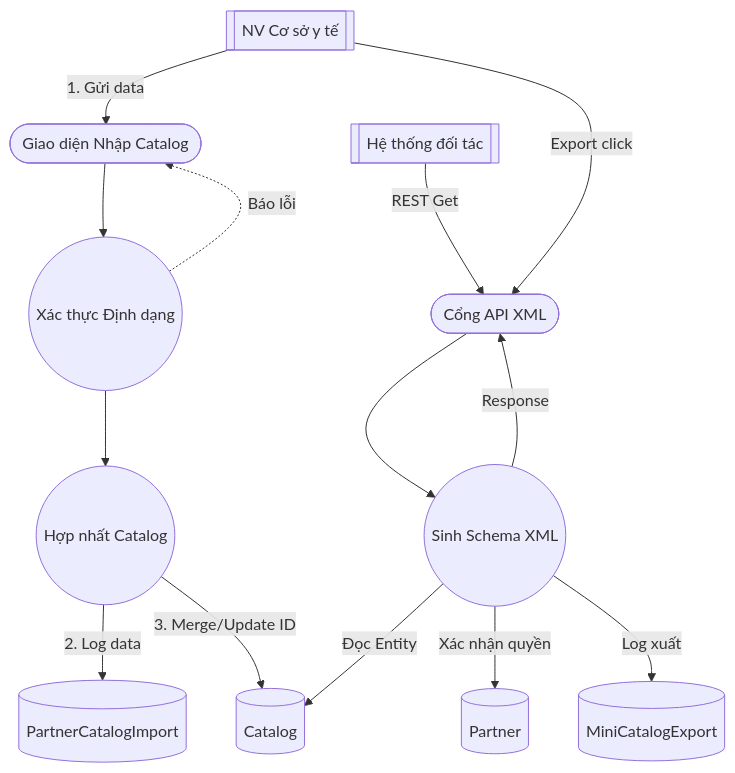
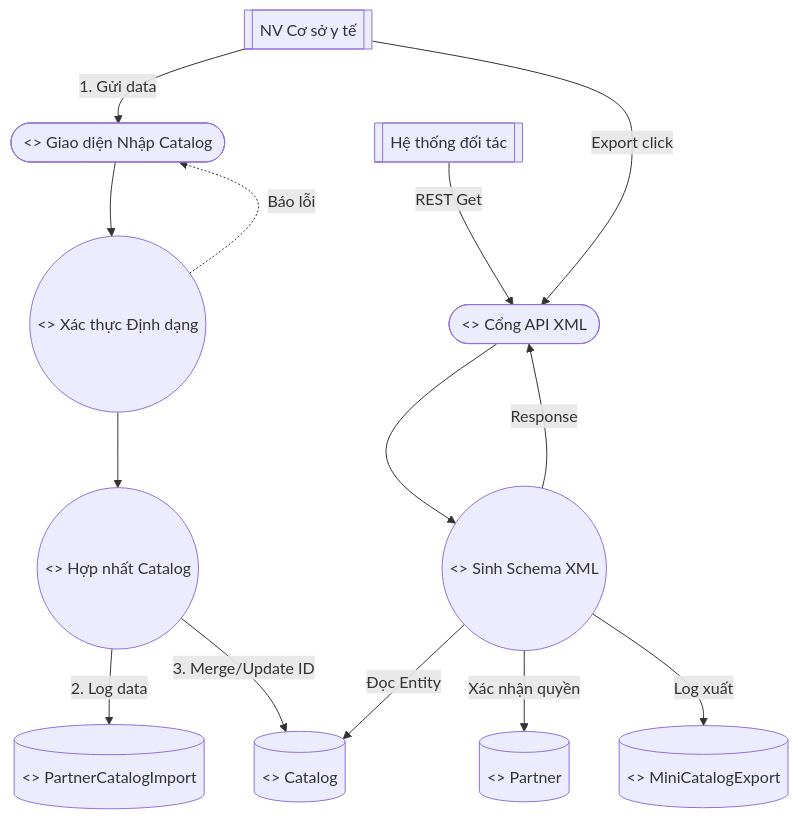
One commit to qhun22/qq changed the ninth of 10 diagrams in README.md. Above: the diagram before and after it, drawn with Mermaid. The commit also changed other lines of this file, not shown here.

````diff
--- a/README.md
+++ b/README.md
@@ -298,34 +444,34 @@
 ```mermaid
 flowchart TD
   A_PRO[[NV Cơ sở y tế]]
   A_PRT[[Hệ thống đối tác]]
   
-  B_IMP([Giao diện Nhập Catalog])
-  B_EXP([Cổng API XML])
+  B_IMP([<<boundary>> Giao diện Nhập Catalog])
+  B_EXP([<<boundary>> Cổng API XML])
   
-  C_VAL((Xác thực Định dạng))
-  C_MERGE((Hợp nhất Catalog))
-  C_GEN((Sinh Schema XML))
+  C_VAL((<<control>> Xác thực Định dạng))
+  C_MERGE((<<control>> Hợp nhất Catalog))
+  C_GEN((<<control>> Sinh Schema XML))
   
-  E_CAT[(Catalog)]
-  E_PARTNER[(Partner)]
-  E_PRT[(PartnerCatalogImport)]
-  E_EXP[(MiniCatalogExport)]
+  E_CAT[(<<entity>> Catalog)]
+  E_PARTNER[(<<entity>> Partner)]
+  E_PRT[(<<entity>> PartnerCatalogImport)]
+  E_EXP[(<<entity>> MiniCatalogExport)]
 
   A_PRO -->|1. Gửi data| B_IMP
   B_IMP --> C_VAL
   C_VAL -.->|Báo lỗi| B_IMP
   
   C_VAL --> C_MERGE
   C_MERGE -->|2. Log data| E_PRT
   C_MERGE -->|3. Merge/Update ID| E_CAT
   
   A_PRT -->|REST Get| B_EXP
   A_PRO -->|Export click| B_EXP
   
   B_EXP --> C_GEN
   C_GEN -->|Xác nhận quyền| E_PARTNER
   C_GEN -->|Đọc Entity| E_CAT
   C_GEN -->|Log xuất| E_EXP
   C_GEN -->|Response| B_EXP
 ```
````
